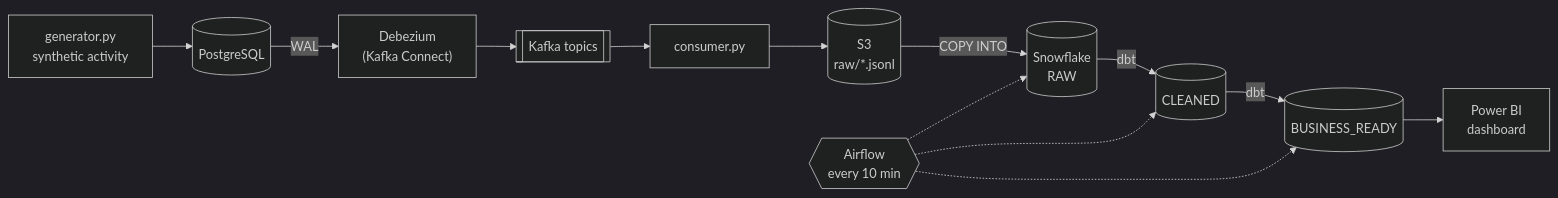
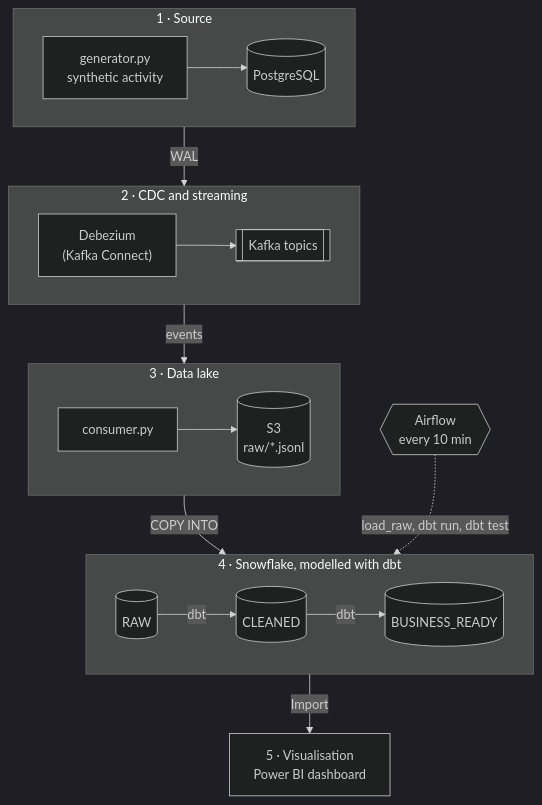
One commit to Muhannad4555/Banking-Data-Engineering-Project changed the diagram in README.md. Above: the diagram before and after it, drawn with Mermaid (dark theme).

Commit message:
Make the README architecture diagram vertical and grouped by stage
Five numbered stages with labelled transitions, so the text stays readable
at the width GitHub gives the README.

````diff
--- a/README.md
+++ b/README.md
@@ -11,15 +11,27 @@
 ```mermaid
-flowchart LR
-    gen["generator.py<br/>synthetic activity"] --> pg[("PostgreSQL")]
-    pg -->|WAL| dbz["Debezium<br/>(Kafka Connect)"]
-    dbz --> kafka[["Kafka topics"]]
-    kafka --> cons["consumer.py"]
-    cons --> s3[("S3<br/>raw/*.jsonl")]
-    s3 -->|COPY INTO| raw[("Snowflake<br/>RAW")]
-    raw -->|dbt| cleaned[("CLEANED")]
-    cleaned -->|dbt| gold[("BUSINESS_READY")]
-    gold --> bi["Power BI<br/>dashboard"]
-    airflow{{"Airflow<br/>every 10 min"}} -.-> raw
-    airflow -.-> cleaned
-    airflow -.-> gold
+flowchart TB
+    subgraph source["1 · Source"]
+        direction LR
+        gen["generator.py<br/>synthetic activity"] --> pg[("PostgreSQL")]
+    end
+    subgraph stream["2 · CDC and streaming"]
+        direction LR
+        dbz["Debezium<br/>(Kafka Connect)"] --> kafka[["Kafka topics"]]
+    end
+    subgraph lake["3 · Data lake"]
+        direction LR
+        cons["consumer.py"] --> s3[("S3<br/>raw/*.jsonl")]
+    end
+    subgraph wh["4 · Snowflake, modelled with dbt"]
+        direction LR
+        raw[("RAW")] -->|dbt| cleaned[("CLEANED")] -->|dbt| gold[("BUSINESS_READY")]
+    end
+    pbi["5 · Visualisation<br/>Power BI dashboard"]
+    airflow{{"Airflow<br/>every 10 min"}}
+
+    source -->|WAL| stream
+    stream -->|events| lake
+    lake -->|COPY INTO| wh
+    wh -->|Import| pbi
+    airflow -.->|"load_raw, dbt run, dbt test"| wh
 ```
````
